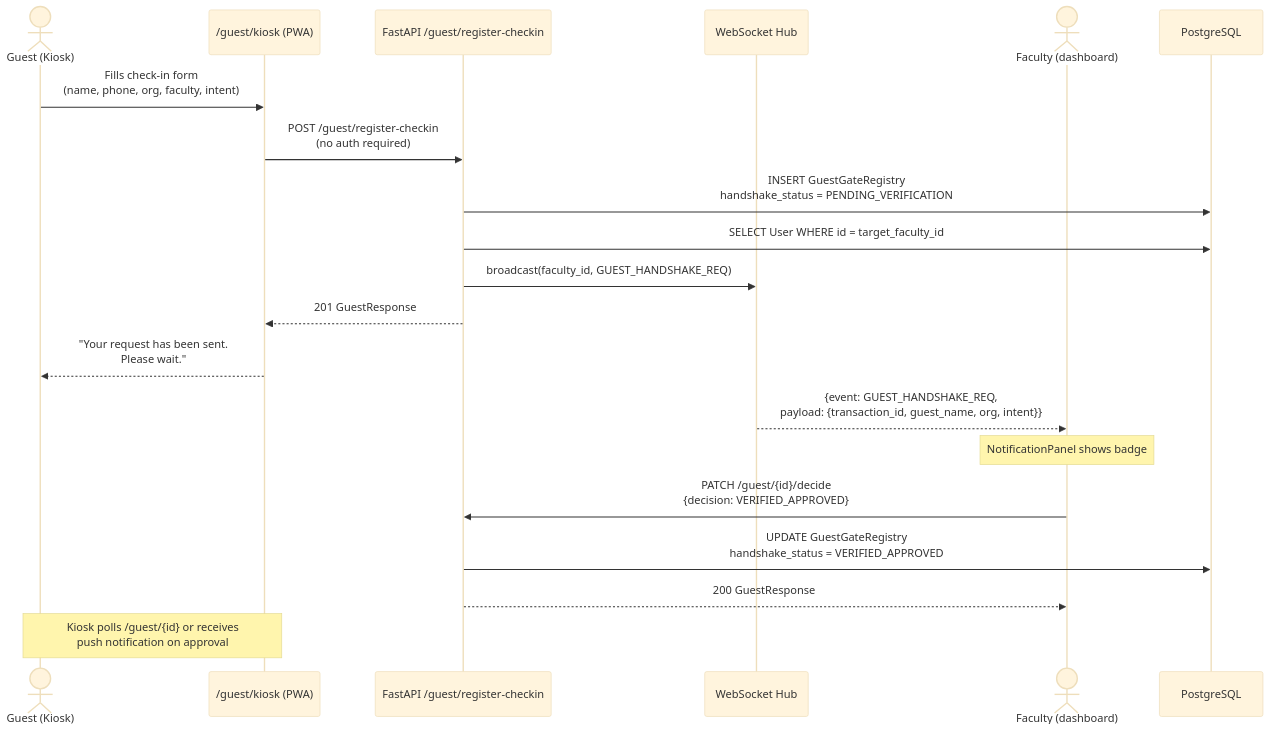
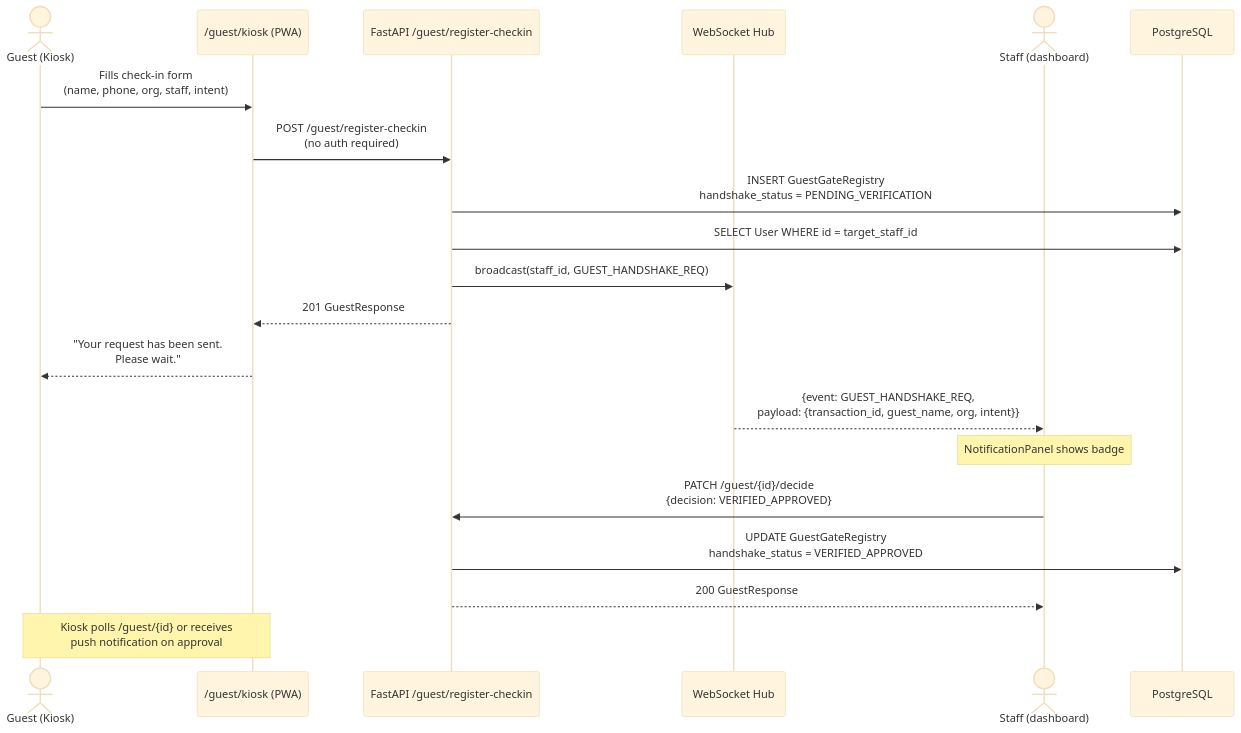
One commit to Life-Experimentalist/Chronos-Ledger changed the third of 4 diagrams in docs/flows.md. Above: the diagram before and after it, drawn with Mermaid (base theme). The commit also changed other lines of this file and 17 other files, not shown here.

````diff
--- a/docs/flows.md
+++ b/docs/flows.md
@@ -101,26 +101,26 @@
 ```mermaid
 sequenceDiagram
     actor G as Guest (Kiosk)
     participant KI as /guest/kiosk (PWA)
     participant API as FastAPI /guest/register-checkin
     participant WS as WebSocket Hub
-    actor Fac as Faculty (dashboard)
+    actor Fac as Staff (dashboard)
     participant DB as PostgreSQL
 
-    G->>KI: Fills check-in form<br/>(name, phone, org, faculty, intent)
+    G->>KI: Fills check-in form<br/>(name, phone, org, staff, intent)
     KI->>API: POST /guest/register-checkin<br/>(no auth required)
     API->>DB: INSERT GuestGateRegistry<br/>handshake_status = PENDING_VERIFICATION
-    API->>DB: SELECT User WHERE id = target_faculty_id
-    API->>WS: broadcast(faculty_id, GUEST_HANDSHAKE_REQ)
+    API->>DB: SELECT User WHERE id = target_staff_id
+    API->>WS: broadcast(staff_id, GUEST_HANDSHAKE_REQ)
     API-->>KI: 201 GuestResponse
     KI-->>G: "Your request has been sent.<br/>Please wait."
 
     WS-->>Fac: {event: GUEST_HANDSHAKE_REQ,<br/>payload: {transaction_id, guest_name, org, intent}}
     Note over Fac: NotificationPanel shows badge
 
     Fac->>API: PATCH /guest/{id}/decide<br/>{decision: VERIFIED_APPROVED}
     API->>DB: UPDATE GuestGateRegistry<br/>handshake_status = VERIFIED_APPROVED
     API-->>Fac: 200 GuestResponse
 
     Note over KI,G: Kiosk polls /guest/{id} or receives<br/>push notification on approval
 ```
````
